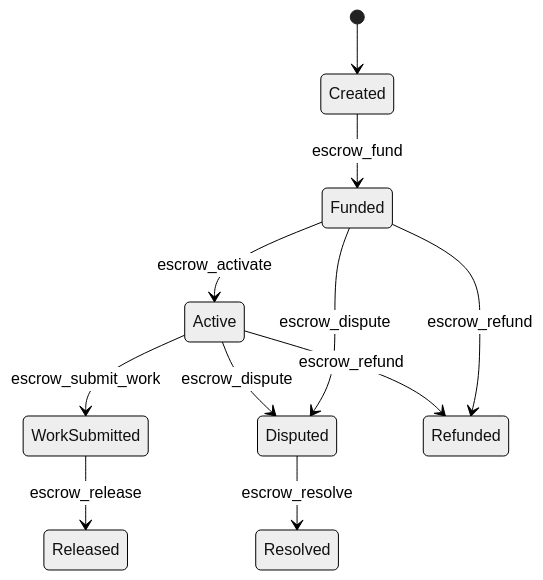
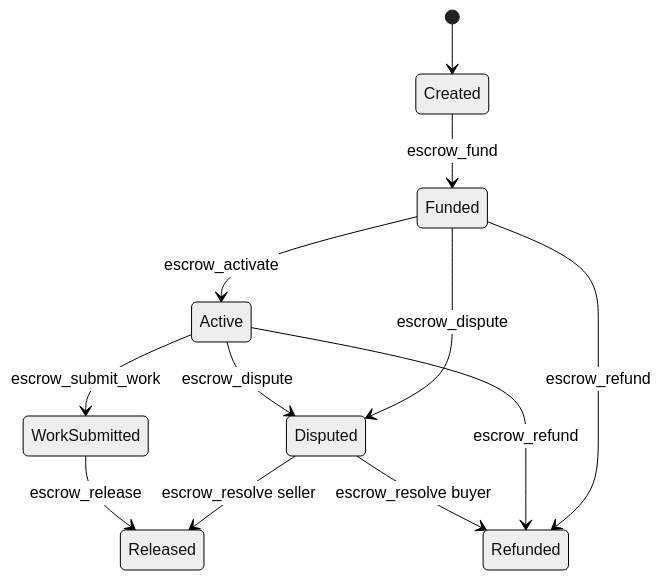
Before and after one commit to langoai/lango: the third of 3 diagrams in docs/features/economy.md, drawn with Mermaid (neutral theme). The commit also changed other lines of this file and 5 other files, not shown here.

Commit message:
fix: align escrow resolve semantics

````diff
--- a/docs/features/economy.md
+++ b/docs/features/economy.md
@@ -180,13 +180,14 @@
 ```mermaid
 stateDiagram-v2
     [*] --> Created
     Created --> Funded: escrow_fund
     Funded --> Active: escrow_activate
     Active --> WorkSubmitted: escrow_submit_work
     WorkSubmitted --> Released: escrow_release
     Active --> Disputed: escrow_dispute
     Funded --> Disputed: escrow_dispute
-    Disputed --> Resolved: escrow_resolve
+    Disputed --> Released: escrow_resolve seller
+    Disputed --> Refunded: escrow_resolve buyer
     Active --> Refunded: escrow_refund
     Funded --> Refunded: escrow_refund
 ```
````
